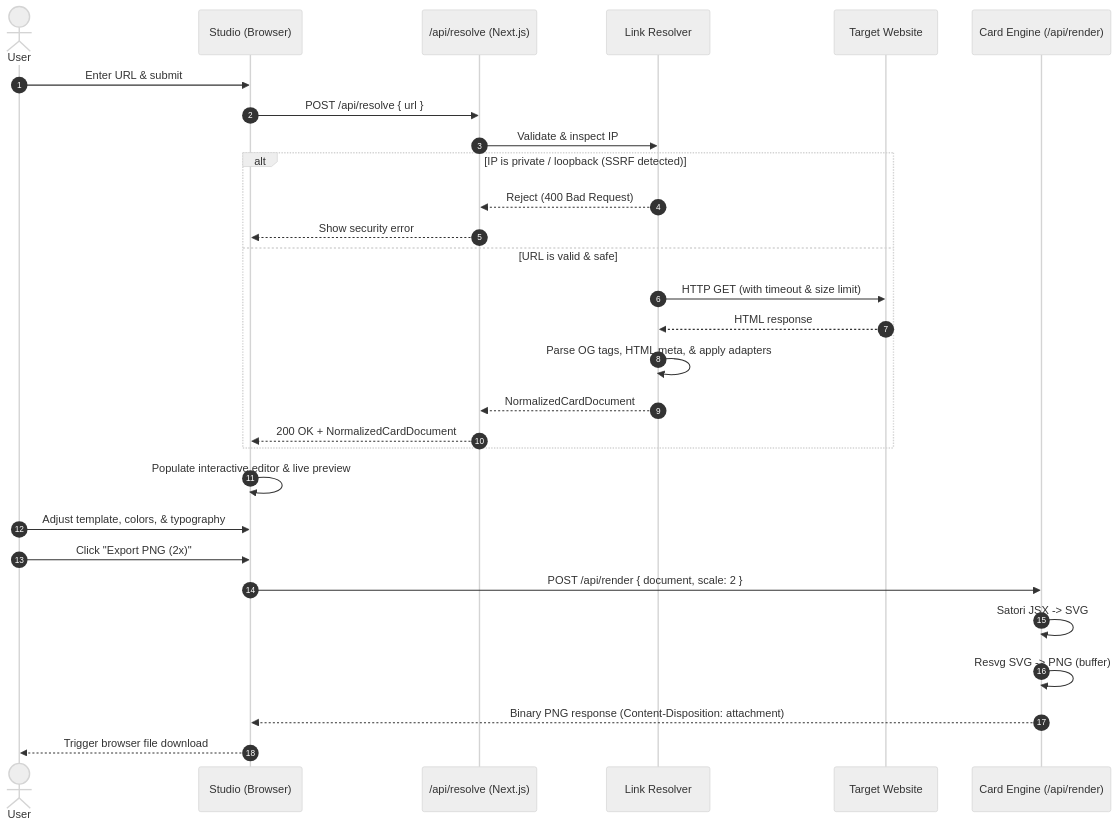
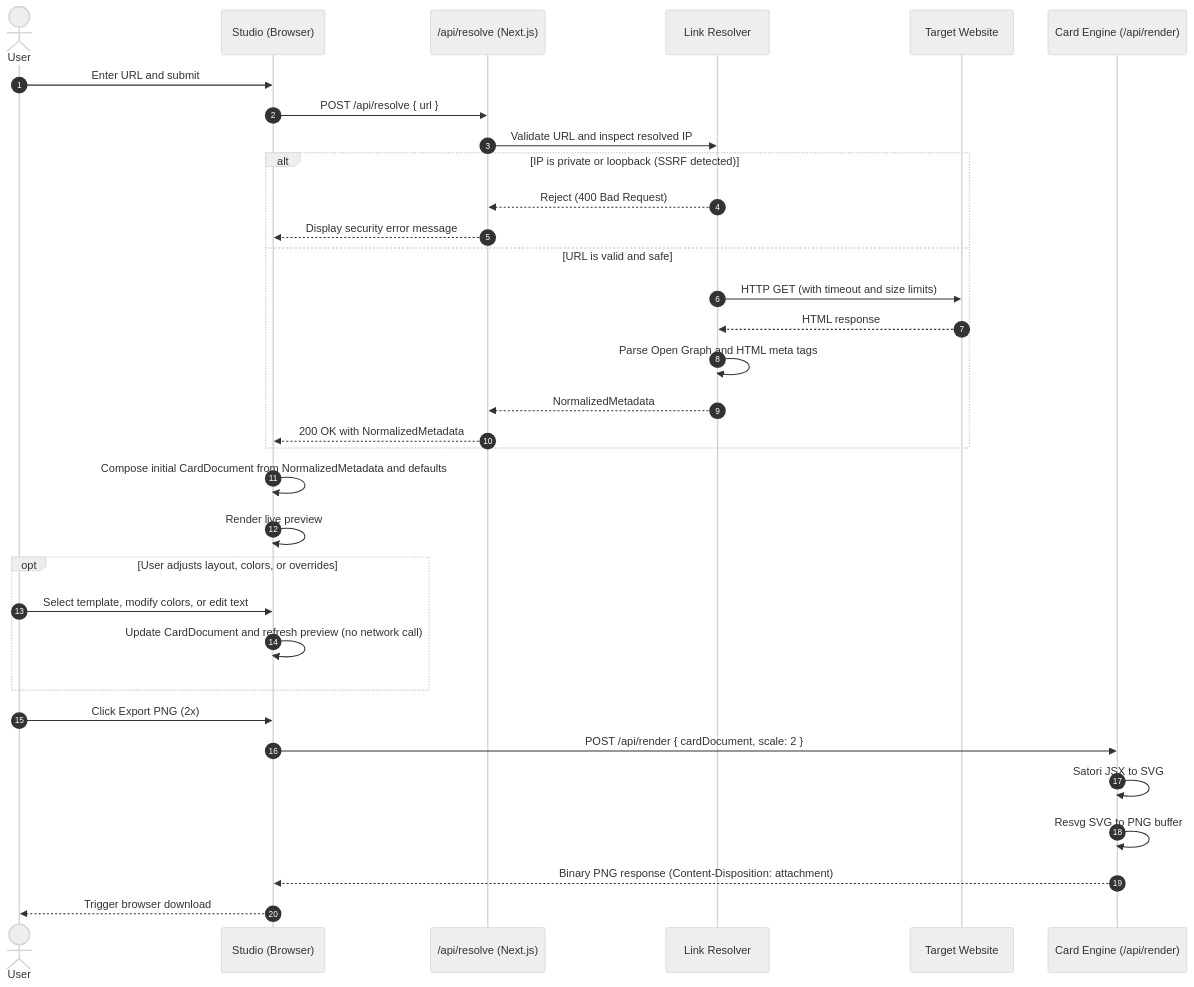
The second of 2 diagrams in docs/ARCHITECTURE.md (aldevvv/graphixl), drawn with Mermaid (neutral theme) before and after one commit. The commit also changed other lines of this file and 4 other files, not shown here.

````diff
--- a/docs/ARCHITECTURE.md
+++ b/docs/ARCHITECTURE.md
@@ -184,32 +191,39 @@
 ```mermaid
 sequenceDiagram
     autonumber
     actor User
     participant Studio as Studio (Browser)
     participant API as /api/resolve (Next.js)
     participant Resolver as Link Resolver
     participant Target as Target Website
     participant Engine as Card Engine (/api/render)
 
-    User->>Studio: Enter URL & submit
+    User->>Studio: Enter URL and submit
     Studio->>API: POST /api/resolve { url }
-    API->>Resolver: Validate & inspect IP
-    alt IP is private / loopback (SSRF detected)
+    API->>Resolver: Validate URL and inspect resolved IP
+    alt IP is private or loopback (SSRF detected)
         Resolver-->>API: Reject (400 Bad Request)
-        API-->>Studio: Show security error
-    else URL is valid & safe
-        Resolver->>Target: HTTP GET (with timeout & size limit)
+        API-->>Studio: Display security error message
+    else URL is valid and safe
+        Resolver->>Target: HTTP GET (with timeout and size limits)
         Target-->>Resolver: HTML response
-        Resolver->>Resolver: Parse OG tags, HTML meta, & apply adapters
-        Resolver-->>API: NormalizedCardDocument
-        API-->>Studio: 200 OK + NormalizedCardDocument
+        Resolver->>Resolver: Parse Open Graph and HTML meta tags
+        Resolver-->>API: NormalizedMetadata
+        API-->>Studio: 200 OK with NormalizedMetadata
     end
-    Studio->>Studio: Populate interactive editor & live preview
-    User->>Studio: Adjust template, colors, & typography
-    User->>Studio: Click "Export PNG (2x)"
-    Studio->>Engine: POST /api/render { document, scale: 2 }
-    Engine->>Engine: Satori JSX -> SVG
-    Engine->>Engine: Resvg SVG -> PNG (buffer)
+
+    Studio->>Studio: Compose initial CardDocument from NormalizedMetadata and defaults
+    Studio->>Studio: Render live preview
+
+    opt User adjusts layout, colors, or overrides
+        User->>Studio: Select template, modify colors, or edit text
+        Studio->>Studio: Update CardDocument and refresh preview (no network call)
+    end
+
+    User->>Studio: Click Export PNG (2x)
+    Studio->>Engine: POST /api/render { cardDocument, scale: 2 }
+    Engine->>Engine: Satori JSX to SVG
+    Engine->>Engine: Resvg SVG to PNG buffer
     Engine-->>Studio: Binary PNG response (Content-Disposition: attachment)
-    Studio-->>User: Trigger browser file download
+    Studio-->>User: Trigger browser download
 ```
````
